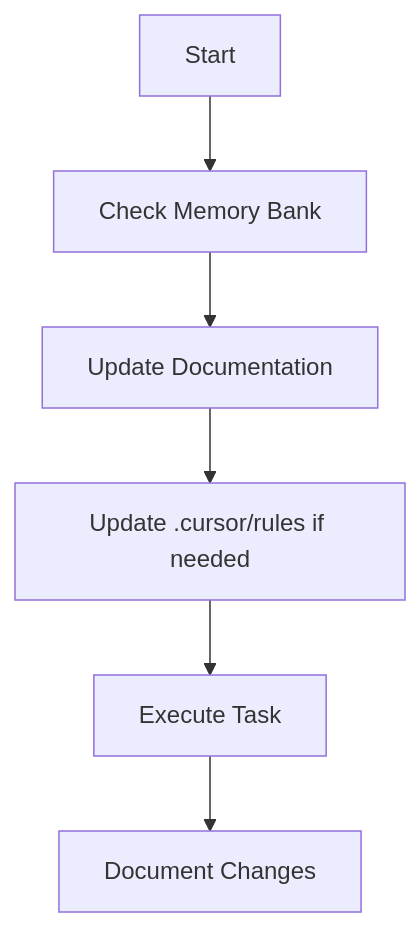
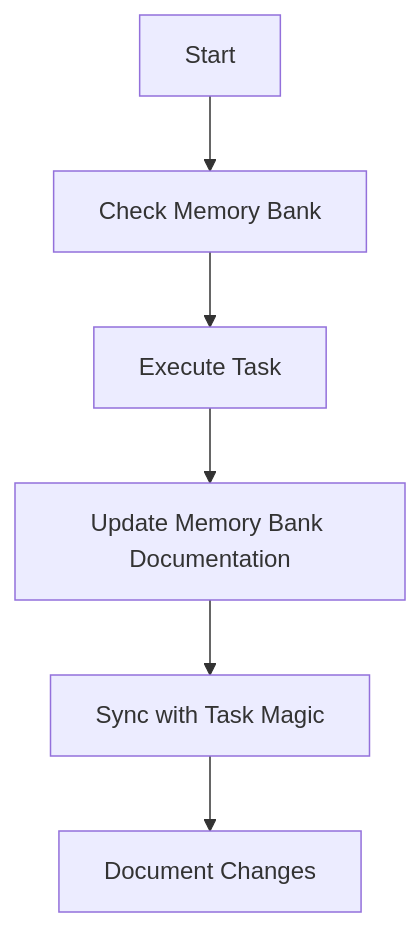
One commit to louisfghbvc/task-management-memory-system changed the fifth of 11 diagrams in .cursor/rules/memory-bank.mdc. Above: the diagram before and after it, drawn with Mermaid. The commit also changed other lines of this file and 1 other file, not shown here.

Commit message:
更新記憶體庫與統一工作流程文件，調整流程圖以強調記憶體庫與任務魔法的分工，並明確定義系統責任矩陣與數據流邊界。

````diff
--- a/.cursor/rules/memory-bank.mdc
+++ b/.cursor/rules/memory-bank.mdc
@@ -153,8 +153,8 @@
 ```mermaid
 flowchart TD
     Start[Start] --> Context[Check Memory Bank]
-    Context --> Update[Update Documentation]
-    Update --> Rules[Update .cursor/rules if needed]
-    Rules --> Execute[Execute Task]
-    Execute --> Document[Document Changes]
+    Context --> Execute[Execute Task]
+    Execute --> Update[Update Memory Bank Documentation]
+    Update --> Sync[Sync with Task Magic]
+    Sync --> Document[Document Changes]
 ```
````
